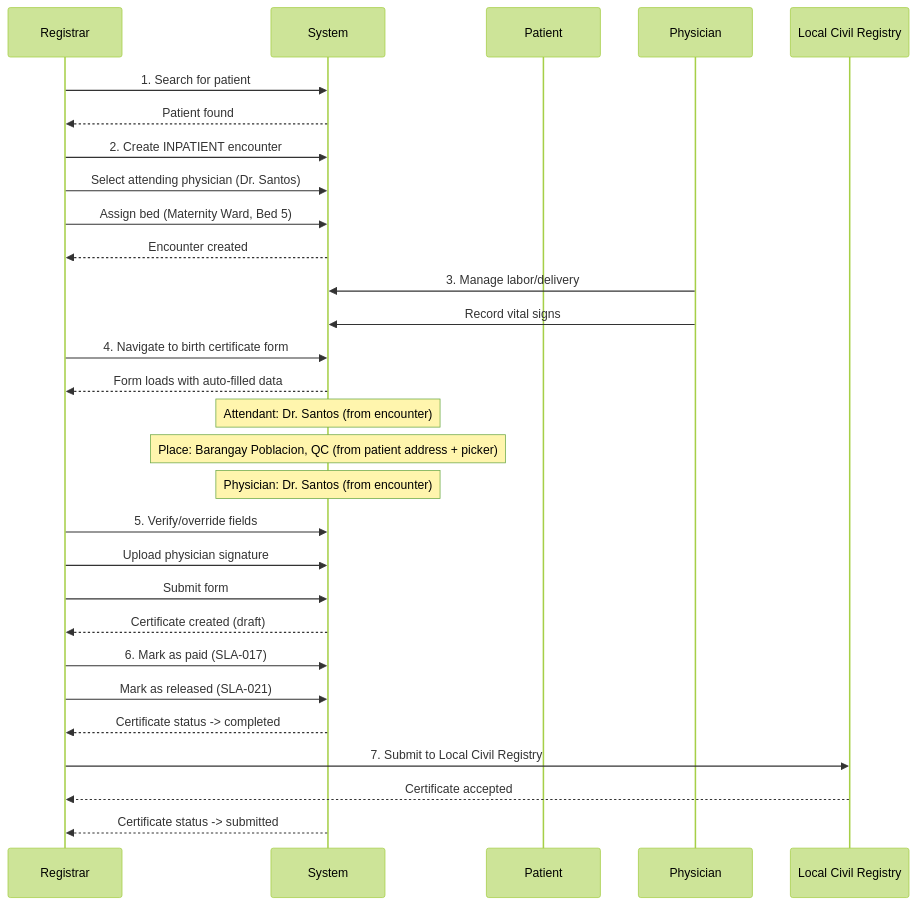
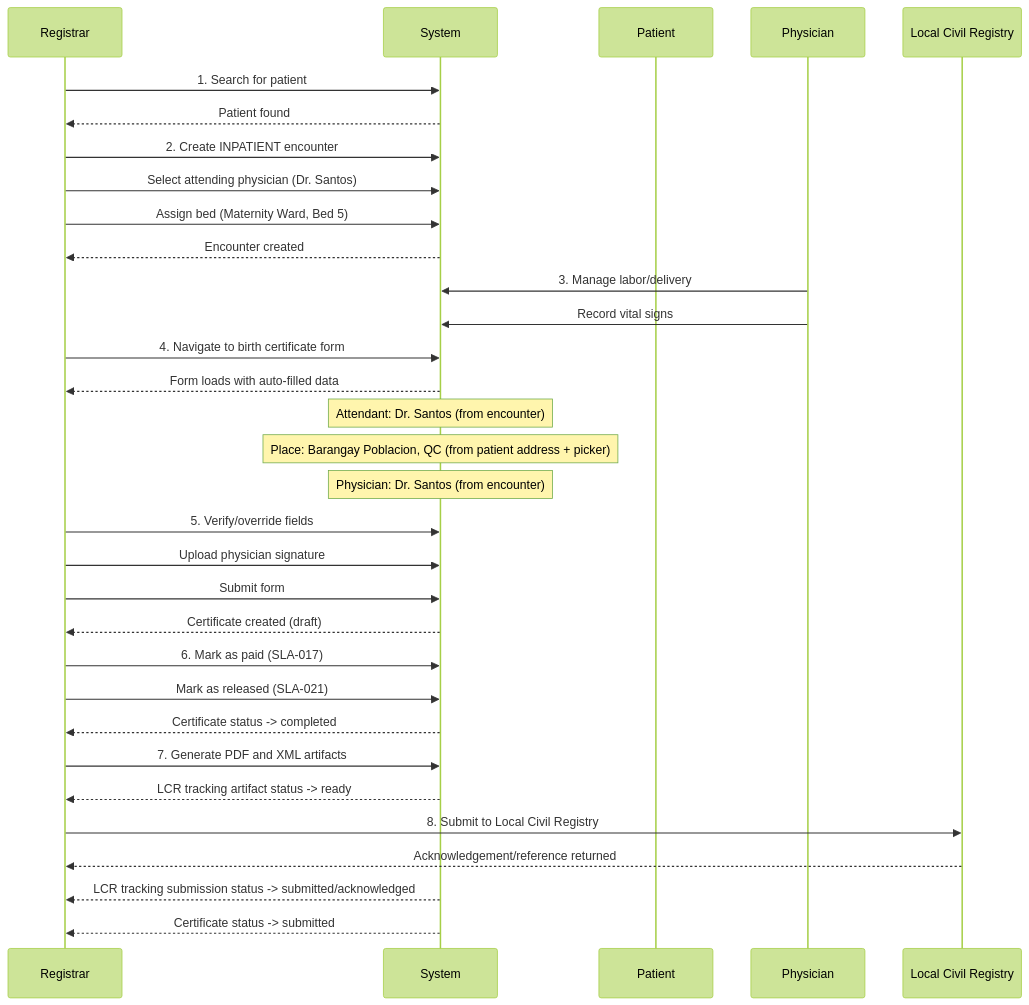
The diagram in docs/BIRTH_CERTIFICATE_WORKFLOW.md (Quanby-IT-Solutions/qhealth-emr), drawn with Mermaid (forest theme) before and after one commit. The commit also changed other lines of this file and 10 other files, not shown here.

First line of the commit message:
feat: implement LCR tracking for birth and death certificates

````diff
--- a/docs/BIRTH_CERTIFICATE_WORKFLOW.md
+++ b/docs/BIRTH_CERTIFICATE_WORKFLOW.md
@@ -72,37 +76,40 @@
 ```mermaid
 sequenceDiagram
     participant Registrar
     participant System
     participant Patient
     participant Physician
     participant LCR as Local Civil Registry
 
     Registrar->>System: 1. Search for patient
     System-->>Registrar: Patient found
     Registrar->>System: 2. Create INPATIENT encounter
     Registrar->>System: Select attending physician (Dr. Santos)
     Registrar->>System: Assign bed (Maternity Ward, Bed 5)
     System-->>Registrar: Encounter created
 
     Physician->>System: 3. Manage labor/delivery
     Physician->>System: Record vital signs
 
     Registrar->>System: 4. Navigate to birth certificate form
     System-->>Registrar: Form loads with auto-filled data
     Note over System: Attendant: Dr. Santos (from encounter)
     Note over System: Place: Barangay Poblacion, QC (from patient address + picker)
     Note over System: Physician: Dr. Santos (from encounter)
 
     Registrar->>System: 5. Verify/override fields
     Registrar->>System: Upload physician signature
     Registrar->>System: Submit form
     System-->>Registrar: Certificate created (draft)
 
     Registrar->>System: 6. Mark as paid (SLA-017)
     Registrar->>System: Mark as released (SLA-021)
     System-->>Registrar: Certificate status -> completed
 
-    Registrar->>LCR: 7. Submit to Local Civil Registry
-    LCR-->>Registrar: Certificate accepted
+    Registrar->>System: 7. Generate PDF and XML artifacts
+    System-->>Registrar: LCR tracking artifact status -> ready
+    Registrar->>LCR: 8. Submit to Local Civil Registry
+    LCR-->>Registrar: Acknowledgement/reference returned
+    System-->>Registrar: LCR tracking submission status -> submitted/acknowledged
     System-->>Registrar: Certificate status -> submitted
 ```
````
